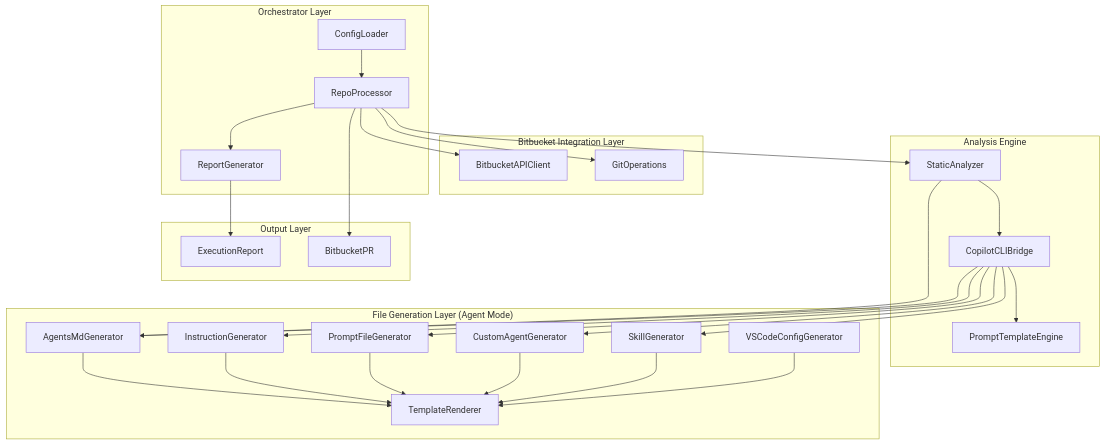
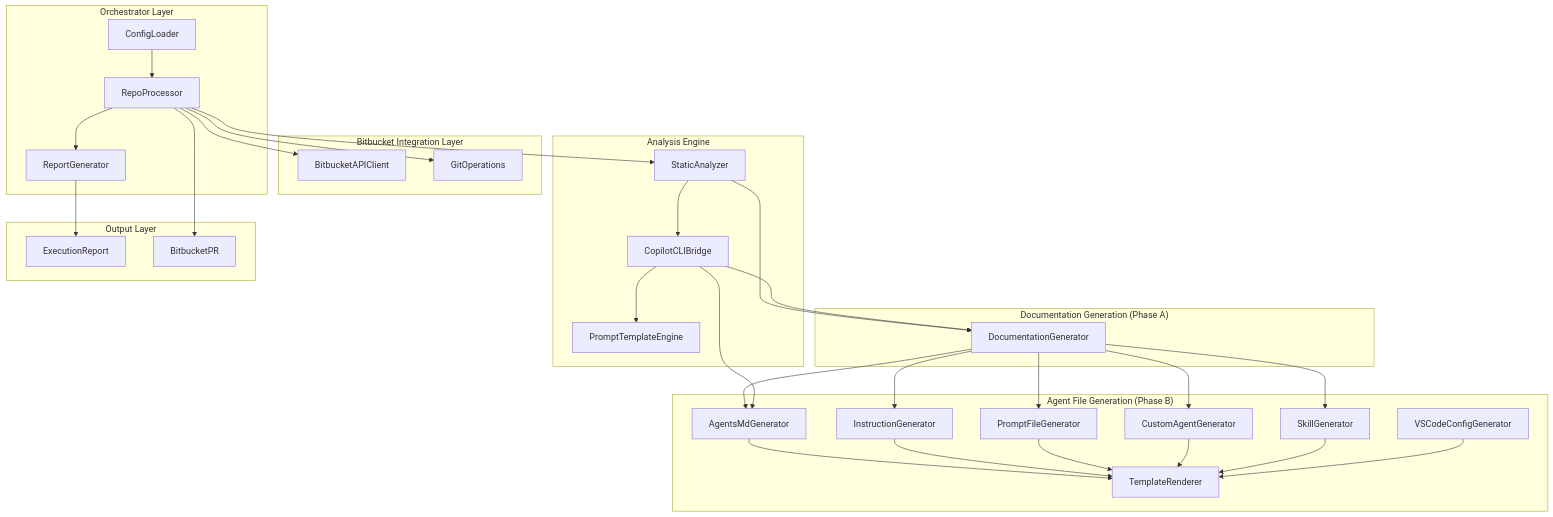
One commit to happysantoo/copilot-context-enabler changed the first of 4 diagrams in documents/high-level-design.md. Above: the diagram before and after it, drawn with Mermaid. The commit also changed other lines of this file and 3 other files, not shown here.

First line of the commit message:
Add two-phase generation: technical docs first, then agent files referencing them

````diff
--- a/documents/high-level-design.md
+++ b/documents/high-level-design.md
@@ -18,56 +18,62 @@
 ```mermaid
 flowchart TB
     subgraph orchestrator [Orchestrator Layer]
         Config[ConfigLoader]
         Runner[RepoProcessor]
         Reporter[ReportGenerator]
     end
 
     subgraph bitbucket [Bitbucket Integration Layer]
         BBClient[BitbucketAPIClient]
         GitOps[GitOperations]
     end
 
     subgraph analysis [Analysis Engine]
         StaticAnalyzer[StaticAnalyzer]
         CopilotBridge[CopilotCLIBridge]
         PromptEngine[PromptTemplateEngine]
     end
 
-    subgraph generation ["File Generation Layer (Agent Mode)"]
+    subgraph documentation ["Documentation Generation (Phase A)"]
+        DocGen[DocumentationGenerator]
+    end
+
+    subgraph generation ["Agent File Generation (Phase B)"]
         AgentsMdGen[AgentsMdGenerator]
         InstructionGen[InstructionGenerator]
         PromptFileGen[PromptFileGenerator]
         CustomAgentGen[CustomAgentGenerator]
         SkillGen[SkillGenerator]
         VSCodeGen[VSCodeConfigGenerator]
         TemplateEngine[TemplateRenderer]
     end
 
     subgraph output [Output Layer]
         Report[ExecutionReport]
         PR[BitbucketPR]
     end
 
     Config --> Runner
     Runner --> BBClient
     Runner --> GitOps
     Runner --> StaticAnalyzer
     StaticAnalyzer --> CopilotBridge
     CopilotBridge --> PromptEngine
-    StaticAnalyzer --> AgentsMdGen
+    StaticAnalyzer --> DocGen
+    CopilotBridge --> DocGen
+    DocGen --> AgentsMdGen
+    DocGen --> InstructionGen
+    DocGen --> PromptFileGen
+    DocGen --> CustomAgentGen
+    DocGen --> SkillGen
     CopilotBridge --> AgentsMdGen
-    CopilotBridge --> InstructionGen
-    CopilotBridge --> PromptFileGen
-    CopilotBridge --> CustomAgentGen
-    CopilotBridge --> SkillGen
     AgentsMdGen --> TemplateEngine
     InstructionGen --> TemplateEngine
     PromptFileGen --> TemplateEngine
     CustomAgentGen --> TemplateEngine
     SkillGen --> TemplateEngine
     VSCodeGen --> TemplateEngine
     Runner --> Reporter
     Reporter --> Report
     Runner --> PR
 ```
````
